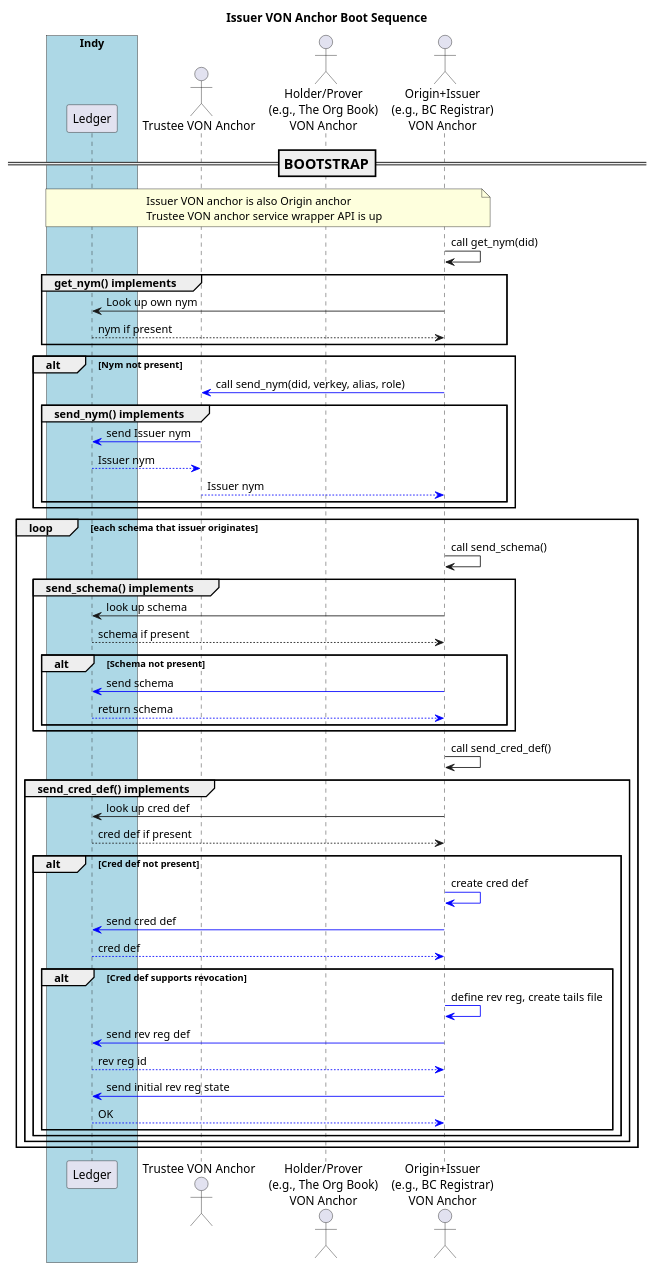
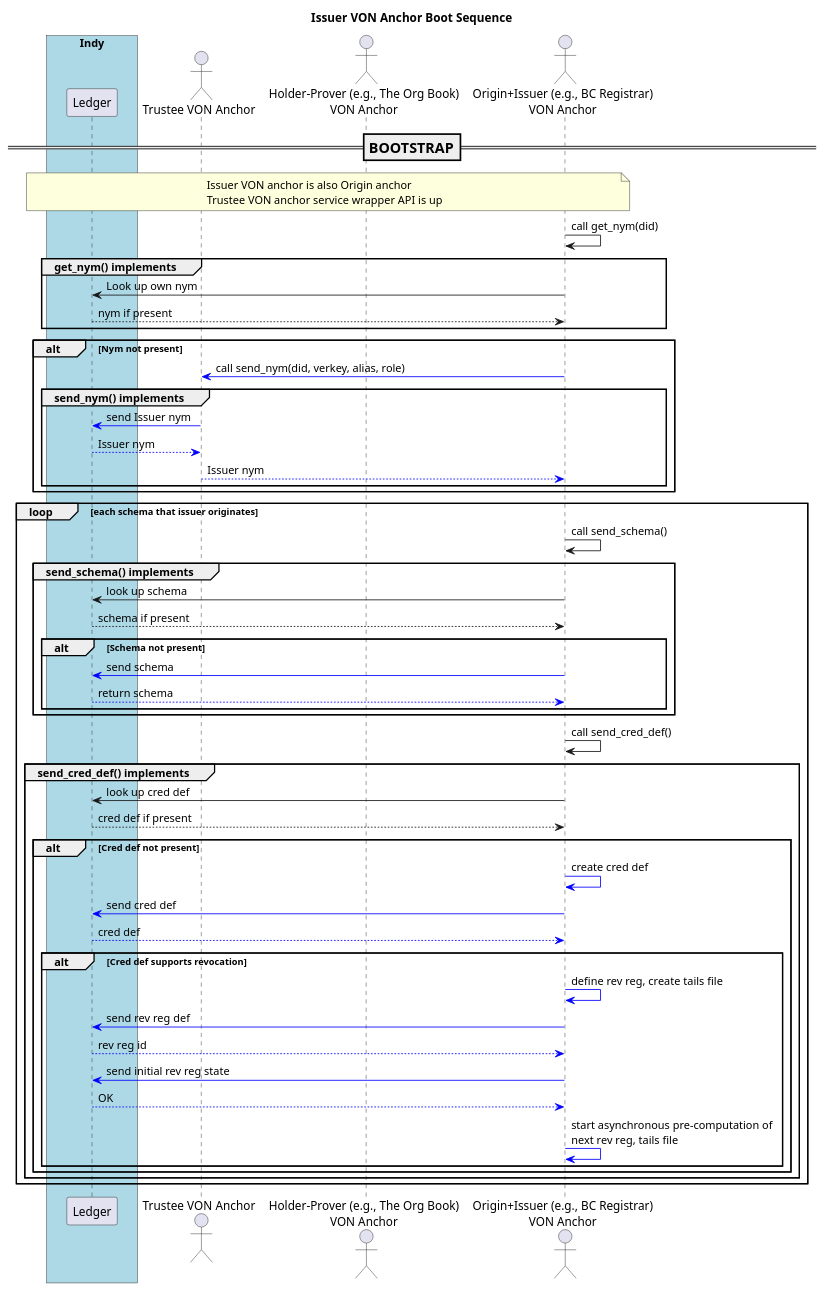
The diagram in doc/pic/src/boot.origin+issuer.puml (PSPC-SPAC-buyandsell/von_base), drawn with PlantUML before and after one commit. The commit also changed 9 other files, not shown here.

```diff
--- a/doc/pic/src/boot.origin+issuer.puml
+++ b/doc/pic/src/boot.origin+issuer.puml
@@ -1,81 +1,82 @@
 @startuml
 /'
 Copyright 2017-2018 Government of Canada - Public Services and Procurement Canada - buyandsell.gc.ca
 
 Licensed under the Apache License, Version 2.0 (the "License");
 you may not use this file except in compliance with the License.
 You may obtain a copy of the License at
 
 http://www.apache.org/licenses/LICENSE-2.0
 
 Unless required by applicable law or agreed to in writing, software
 distributed under the License is distributed on an "AS IS" BASIS,
 WITHOUT WARRANTIES OR CONDITIONS OF ANY KIND, either express or implied.
 See the License for the specific language governing permissions and
 limitations under the License.
 '/
 
 skinparam ParticipantPadding 20
 skinparam BaloxPadding 20
 
 title Issuer VON Anchor Boot Sequence
 
 box "Indy" #LightBlue
     participant "Ledger" as ledger
 endbox
 actor "Trustee VON Anchor" as tan
-actor "Holder/Prover\n(e.g., The Org Book)\nVON Anchor" as oban
-actor "Origin+Issuer\n(e.g., BC Registrar)\nVON Anchor" as bcran
+actor "Holder-Prover (e.g., The Org Book)\nVON Anchor" as oban
+actor "Origin+Issuer (e.g., BC Registrar)\nVON Anchor" as bcran
 
 === BOOTSTRAP ==
 note over ledger, bcran
     Issuer VON anchor is also Origin anchor
     Trustee VON anchor service wrapper API is up
 endnote
 
 bcran -> bcran: call get_nym(did)
 group get_nym() implements
     bcran -> ledger: Look up own nym
     ledger --> bcran: nym if present
 end
 alt Nym not present
     bcran -[#blue]> tan: call send_nym(did, verkey, alias, role)
     group send_nym() implements
         tan -[#blue]> ledger: send Issuer nym
         ledger --[#blue]> tan: Issuer nym
         tan --[#blue]> bcran: Issuer nym
     end
 end
 
 loop each schema that issuer originates
     bcran -> bcran: call send_schema()
     group send_schema() implements
         bcran -> ledger: look up schema
         ledger --> bcran: schema if present
 
         alt Schema not present
             bcran -[#blue]> ledger: send schema
             ledger --[#blue]> bcran: return schema
         end
     end
 
     bcran -> bcran: call send_cred_def()
     group send_cred_def() implements
         bcran -> ledger: look up cred def
         ledger --> bcran: cred def if present
         alt Cred def not present
             bcran -[#blue]> bcran: create cred def
             bcran -[#blue]> ledger: send cred def
             ledger -[#blue]-> bcran: cred def
             alt Cred def supports revocation
                 bcran -[#blue]> bcran: define rev reg, create tails file
                 bcran -[#blue]> ledger: send rev reg def
                 ledger -[#blue]-> bcran: rev reg id
                 bcran -[#blue]> ledger: send initial rev reg state
                 ledger -[#blue]-> bcran: OK
+                bcran -[#blue]> bcran: start asynchronous pre-computation of\nnext rev reg, tails file
             end
         end
     end
 end
 
 @enduml
```
